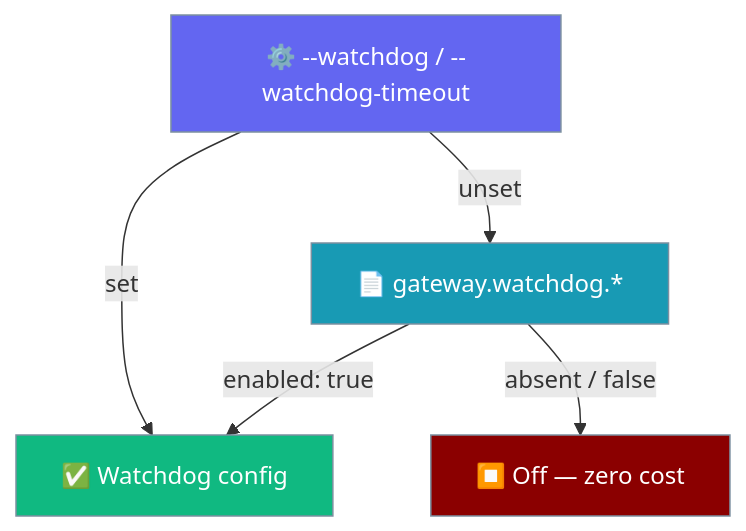
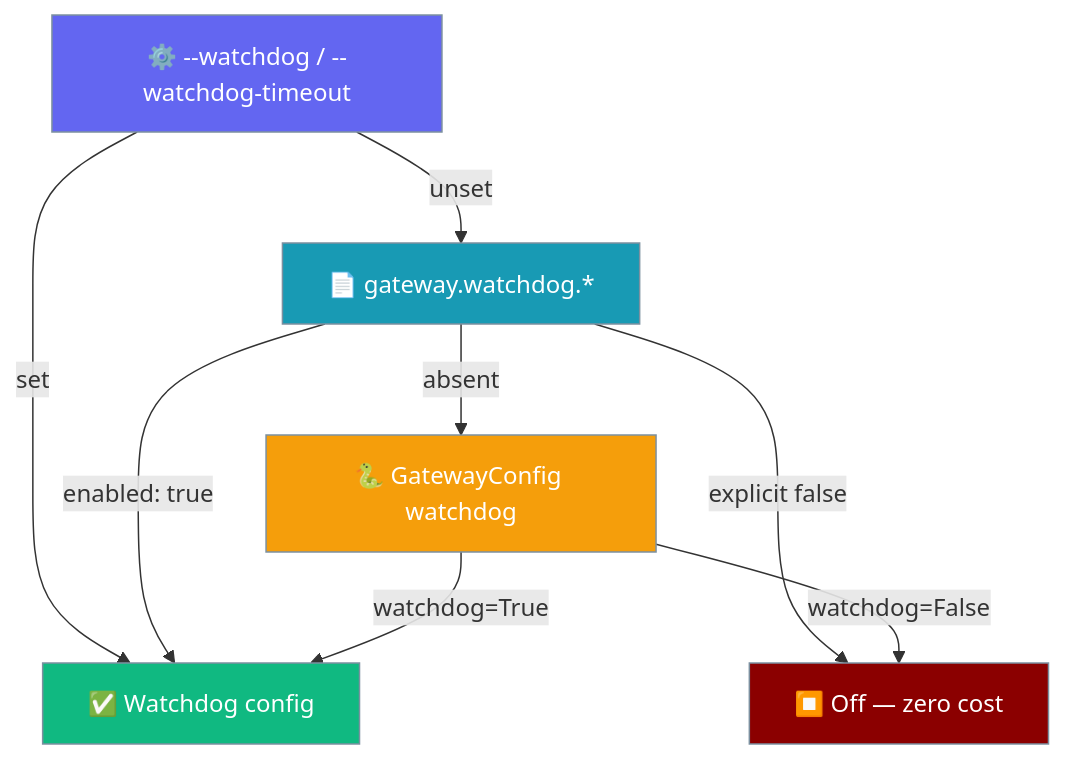
Before and after one commit to MervinPraison/PraisonAIDocs: the fourth of 5 diagrams in docs/features/gateway-loop-watchdog.mdx, drawn with Mermaid. The commit also changed other lines of this file and 4 other files, not shown here.

Commit message:
docs: document Python-first GatewayConfig drain_timeout / watchdog / watchdog_timeout (fixes #4333)

````diff
--- a/docs/features/gateway-loop-watchdog.mdx
+++ b/docs/features/gateway-loop-watchdog.mdx
@@ -422,17 +444,22 @@
 ```mermaid
 graph TB
     CLI["⚙️ --watchdog / --watchdog-timeout"] -->|set| Win[✅ Watchdog config]
     CLI -->|unset| YAML["📄 gateway.watchdog.*"]
     YAML -->|enabled: true| Win
-    YAML -->|absent / false| Off[⏹️ Off — zero cost]
+    YAML -->|explicit false| Off[⏹️ Off — zero cost]
+    YAML -->|absent| CFG["🐍 GatewayConfig watchdog"]
+    CFG -->|watchdog=True| Win
+    CFG -->|watchdog=False| Off
 
     classDef cli fill:#6366F1,stroke:#7C90A0,color:#fff
     classDef yaml fill:#189AB4,stroke:#7C90A0,color:#fff
+    classDef cfg fill:#F59E0B,stroke:#7C90A0,color:#fff
     classDef win fill:#10B981,stroke:#7C90A0,color:#fff
     classDef off fill:#8B0000,stroke:#7C90A0,color:#fff
 
     class CLI cli
     class YAML yaml
+    class CFG cfg
     class Win win
     class Off off
 ```
````
